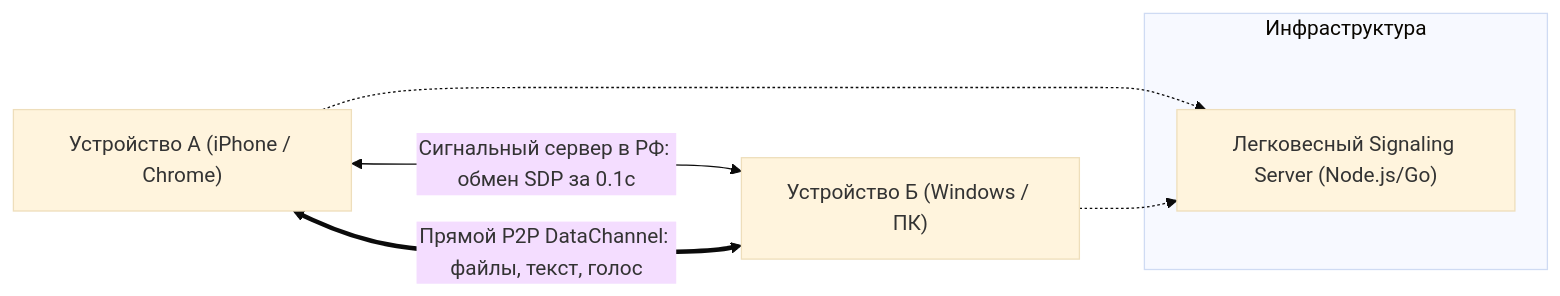
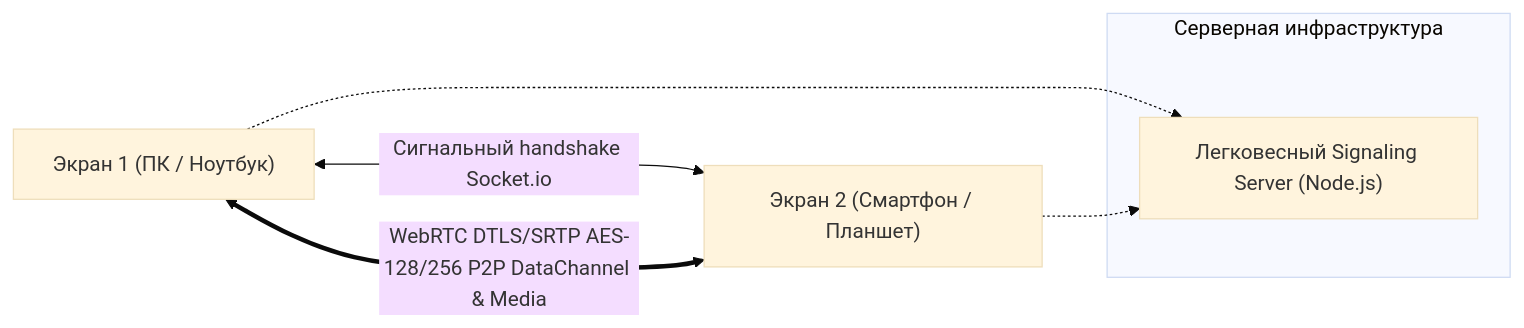
The diagram in README.md (vanyasitnikov72-arch/bridgik), drawn with Mermaid (base theme) before and after one commit. The commit also changed other lines of this file and 6 other files, not shown here.

````diff
--- a/README.md
+++ b/README.md
@@ -63,12 +44,12 @@
 ```mermaid
 flowchart LR
-    A["Устройство А (iPhone / Chrome)"] <-->|Сигнальный сервер в РФ: обмен SDP за 0.1с| B["Устройство Б (Windows / ПК)"]
-    A <===>|Прямой P2P DataChannel: файлы, текст, голос| B
+    A["Экран 1 (ПК / Ноутбук)"] <-->|Сигнальный handshake Socket.io| B["Экран 2 (Смартфон / Планшет)"]
+    A <===>|WebRTC DTLS/SRTP AES-128/256 P2P DataChannel & Media| B
     
-    subgraph Инфраструктура
-    Server["Легковесный Signaling Server (Node.js/Go)"]
+    subgraph Серверная инфраструктура
+    Server["Легковесный Signaling Server (Node.js)"]
     end
     
     A -.-> Server
     B -.-> Server
 ```
````
